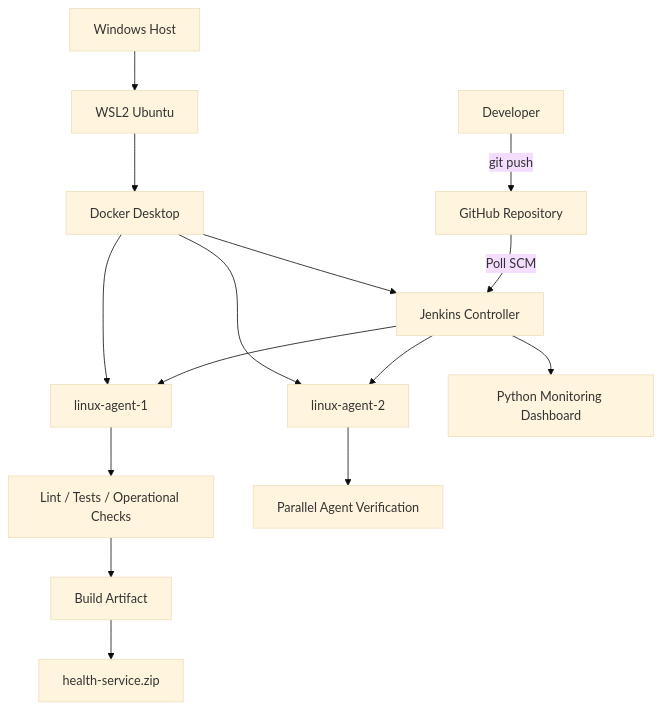
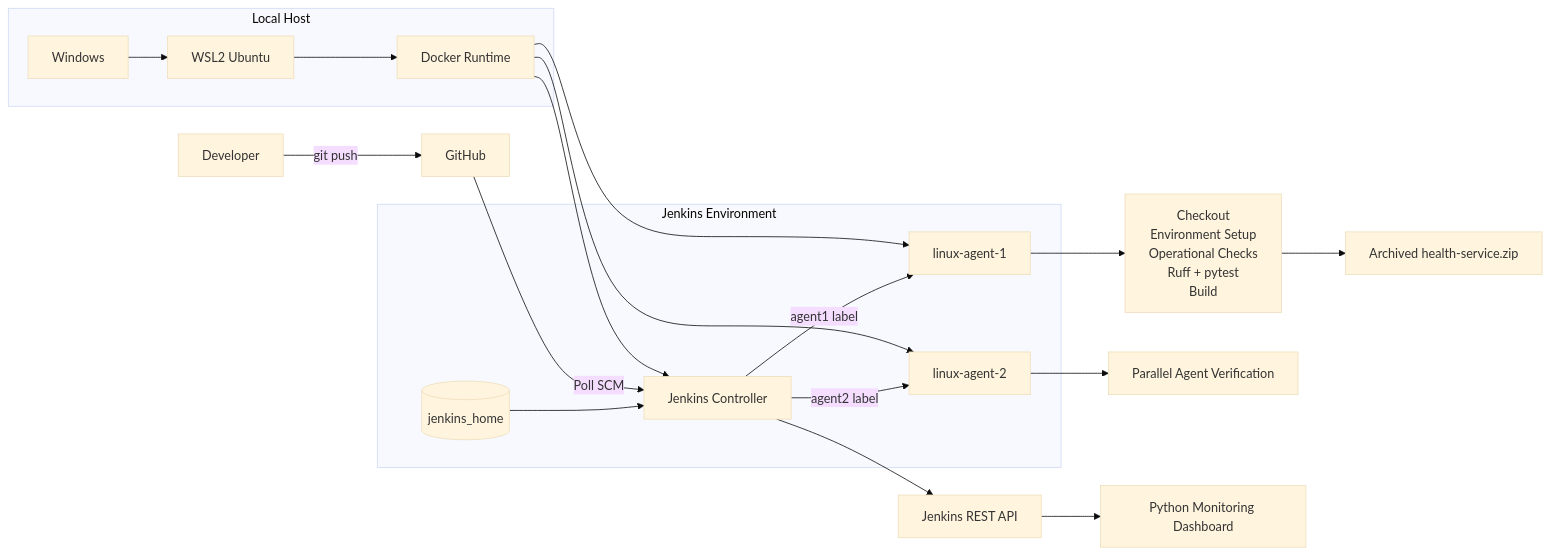
Before and after one commit to EmmaTsak/jenkins-ci-reliability-lab: the diagram in README.md, drawn with Mermaid (base theme). The commit also changed other lines of this file and 4 other files, not shown here.

````diff
--- a/README.md
+++ b/README.md
@@ -26,23 +51,43 @@
 ```mermaid
-flowchart TD
-    DEV[Developer] -->|git push| GH[GitHub Repository]
+flowchart LR
+    DEV[Developer] -->|git push| GH[GitHub]
 
-    GH -->|Poll SCM| JC[Jenkins Controller]
+    subgraph HOST["Local Host"]
+        WIN[Windows]
+        WSL[WSL2 Ubuntu]
+        DOCKER[Docker Runtime]
 
-    JC --> A1[linux-agent-1]
-    JC --> A2[linux-agent-2]
+        WIN --> WSL
+        WSL --> DOCKER
+    end
 
-    A1 --> QC[Lint / Tests / Operational Checks]
+    subgraph JENKINS["Jenkins Environment"]
+        CTRL[Jenkins Controller]
+        A1[linux-agent-1]
+        A2[linux-agent-2]
+        VOL[(jenkins_home)]
+
+        VOL --> CTRL
+        CTRL -->|agent1 label| A1
+        CTRL -->|agent2 label| A2
+    end
+
+    GH -->|Poll SCM| CTRL
+
+    DOCKER --> CTRL
+    DOCKER --> A1
+    DOCKER --> A2
+
+    A1 --> CI["Checkout
+    Environment Setup
+    Operational Checks
+    Ruff + pytest
+    Build"]
+
     A2 --> VERIFY[Parallel Agent Verification]
 
-    QC --> BUILD[Build Artifact]
-    BUILD --> ART[health-service.zip]
+    CI --> ART[Archived health-service.zip]
 
-    JC --> DASH[Python Monitoring Dashboard]
-
-    HOST[Windows Host] --> WSL[WSL2 Ubuntu]
-    WSL --> DOCKER[Docker Desktop]
-    DOCKER --> JC
-    DOCKER --> A1
-    DOCKER --> A2
+    CTRL --> API[Jenkins REST API]
+    API --> DASH[Python Monitoring Dashboard]
 ```
````
